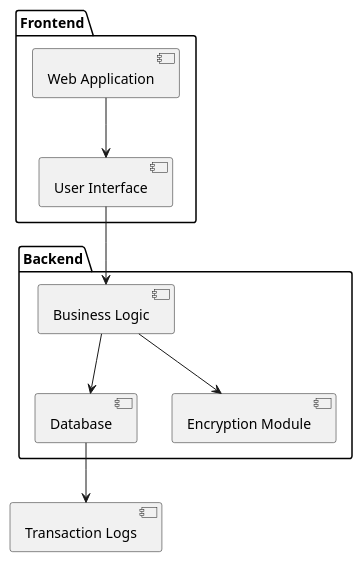
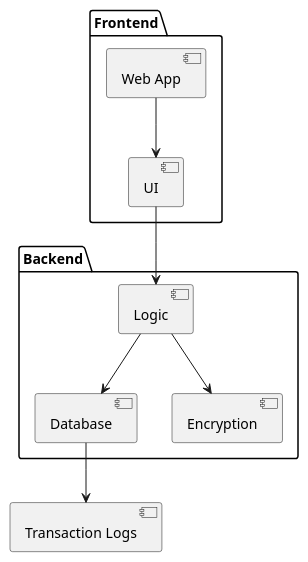
Before and after one commit to camcarthur/oop-final-fa24: the diagram in umls/development.plantuml, drawn with PlantUML. The commit also changed 7 other files, not shown here.

Commit message:
Add UML Diagrams

```diff
--- a/umls/development.plantuml
+++ b/umls/development.plantuml
@@ -1,13 +1,13 @@
 @startuml
 package Frontend {
-  [Web Application] --> [User Interface]
+  [Web App] --> [UI]
 }
 
 package Backend {
-  [Business Logic] --> [Database]
-  [Business Logic] --> [Encryption Module]
+  [Logic] --> [Database]
+  [Logic] --> [Encryption]
 }
 
-[User Interface] --> [Business Logic]
+[UI] --> [Logic]
 [Database] --> [Transaction Logs]
 @enduml
```
